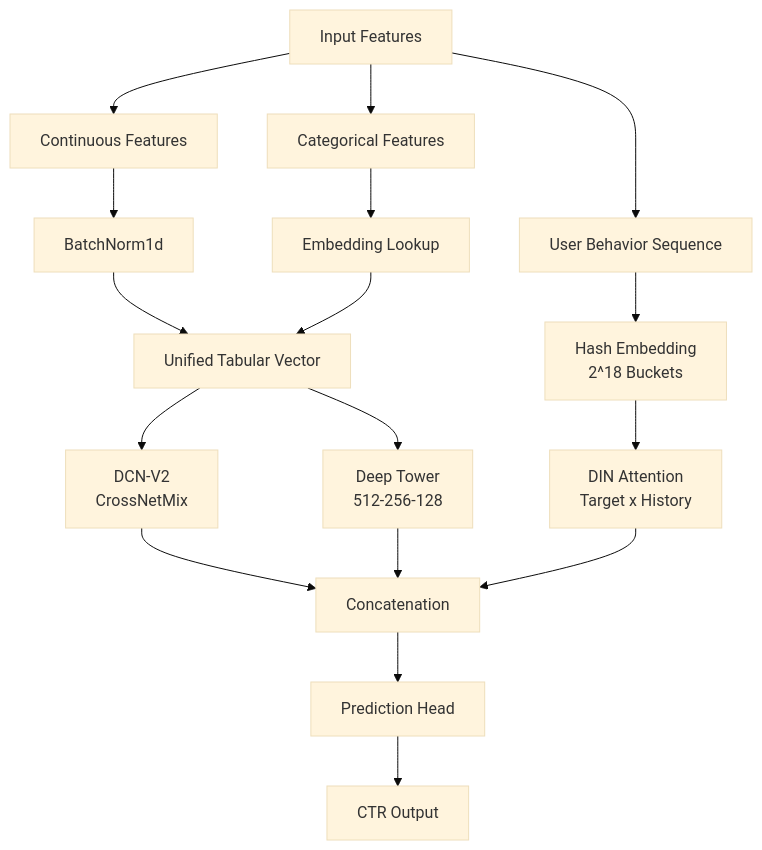
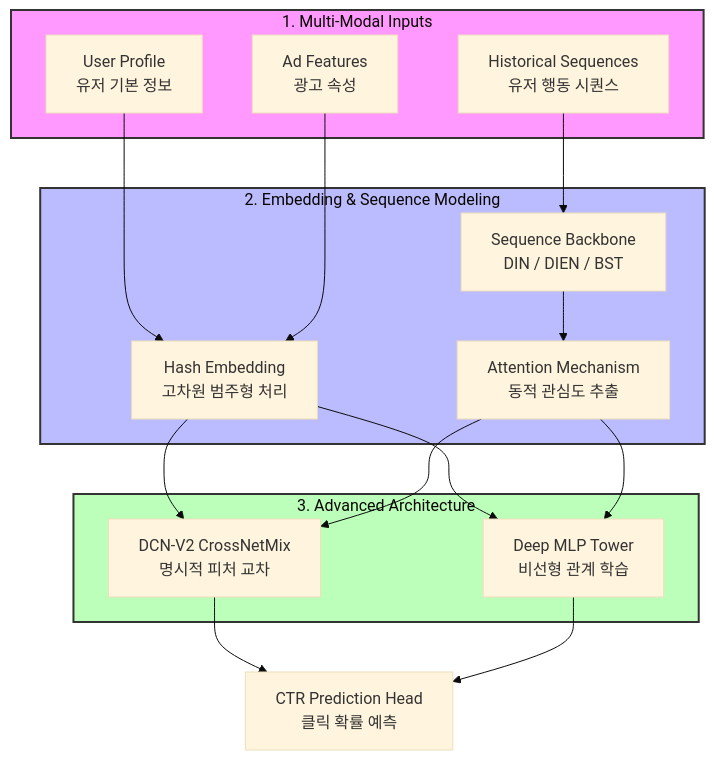
One commit to junhyung-L/Toss-CTR-Prediction changed the diagram in README.md. Above: the diagram before and after it, drawn with Mermaid (base theme).

Commit message:
docs: Strengthen narrative flow and story in README

````diff
--- a/README.md
+++ b/README.md
@@ -31,25 +31,31 @@
 ```mermaid
 graph TD
-    A[Input Features] --> B[Continuous Features]
-    A --> C[Categorical Features]
-    A --> D[User Behavior Sequence]
+    subgraph Input_Features [1. Multi-Modal Inputs]
+        A[User Profile <br> 유저 기본 정보]
+        B[Ad Features <br> 광고 속성]
+        C[Historical Sequences <br> 유저 행동 시퀀스]
+    end
+
+    subgraph Feature_Processing [2. Embedding & Sequence Modeling]
+        D[Hash Embedding <br> 고차원 범주형 처리]
+        E[Sequence Backbone <br> DIN / DIEN / BST]
+        F[Attention Mechanism <br> 동적 관심도 추출]
+    end
+
+    subgraph Deep_Learning_Tower [3. Advanced Architecture]
+        G[DCN-V2 CrossNetMix <br> 명시적 피처 교차]
+        H[Deep MLP Tower <br> 비선형 관계 학습]
+    end
+
+    A & B --> D
+    C --> E
+    E --> F
+    D & F --> G
+    D & F --> H
     
-    B --> E[BatchNorm1d]
-    C --> F[Embedding Lookup]
-    D --> G[Hash Embedding <br> 2^18 Buckets]
-    
-    E --> H[Unified Tabular Vector]
-    F --> H
-    
-    H --> I[DCN-V2 <br> CrossNetMix]
-    H --> J[Deep Tower <br> 512-256-128]
-    
-    G --> K[DIN Attention <br> Target x History]
-    
-    I --> L[Concatenation]
-    J --> L
-    K --> L
-    
-    L --> M[Prediction Head]
-    M --> N[CTR Output]
+    G & H --> I[CTR Prediction Head <br> 클릭 확률 예측]
+
+    style Input_Features fill:#f9f,stroke:#333,stroke-width:2px
+    style Feature_Processing fill:#bbf,stroke:#333,stroke-width:2px
+    style Deep_Learning_Tower fill:#bfb,stroke:#333,stroke-width:2px
 ```
````
